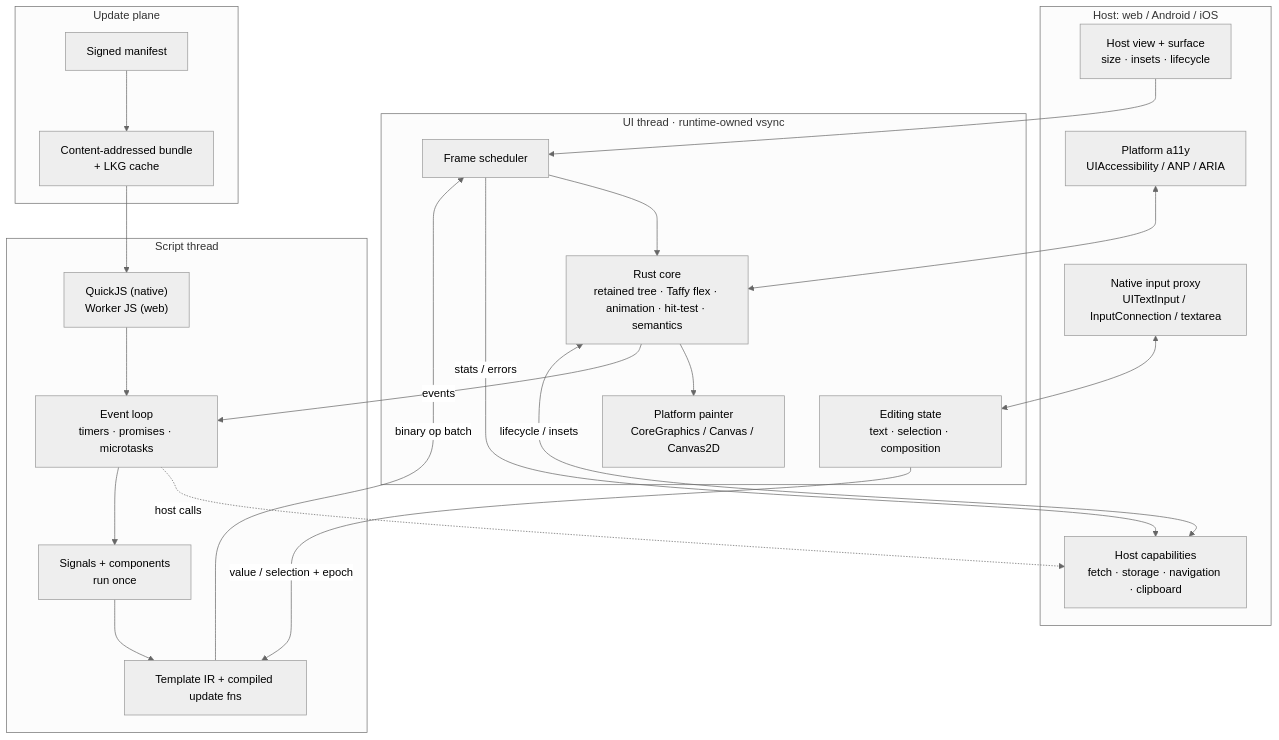
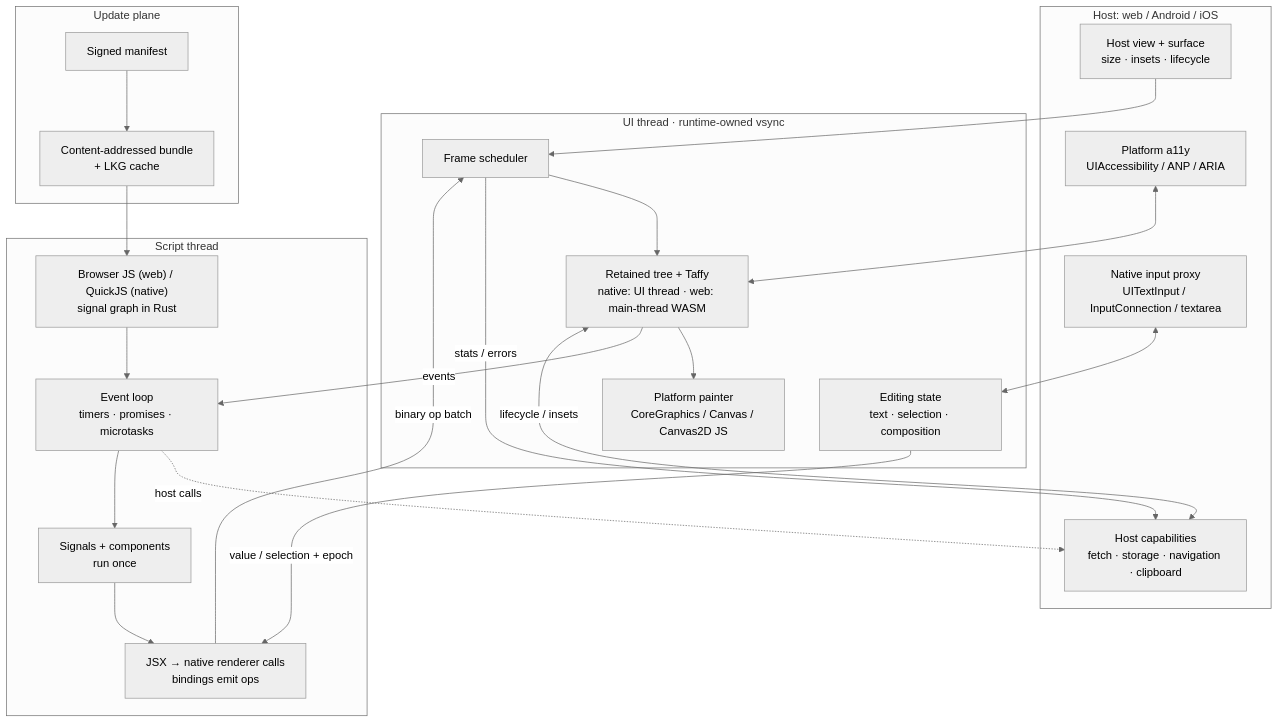
Before and after one commit to codehz/bubble-shell: the first of 2 diagrams in docs/01-overview.md, drawn with Mermaid (neutral theme). The commit also changed other lines of this file and 4 other files, not shown here.

````diff
--- a/docs/01-overview.md
+++ b/docs/01-overview.md
@@ -28,42 +28,42 @@
 ```mermaid
 flowchart TB
   subgraph Host["Host: web / Android / iOS"]
     V["Host view + surface<br/>size · insets · lifecycle"]
     A["Platform a11y<br/>UIAccessibility / ANP / ARIA"]
     I["Native input proxy<br/>UITextInput / InputConnection / textarea"]
     C["Host capabilities<br/>fetch · storage · navigation · clipboard"]
   end
 
   subgraph UI["UI thread · runtime-owned vsync"]
     S["Frame scheduler"]
-    R["Rust core<br/>retained tree · Taffy flex · animation · hit-test · semantics"]
-    P["Platform painter<br/>CoreGraphics / Canvas / Canvas2D"]
+    R["Retained tree + Taffy<br/>native: UI thread · web: main-thread WASM"]
+    P["Platform painter<br/>CoreGraphics / Canvas / Canvas2D JS"]
     E["Editing state<br/>text · selection · composition"]
   end
 
   subgraph JS["Script thread"]
     L["Event loop<br/>timers · promises · microtasks"]
-    Q["QuickJS (native)<br/>Worker JS (web)"]
+    Q["Browser JS (web) / QuickJS (native)<br/>signal graph in Rust"]
     G["Signals + components<br/>run once"]
-    O["Template IR + compiled update fns"]
+    O["JSX → native renderer calls<br/>bindings emit ops"]
   end
 
   subgraph Upd["Update plane"]
     M["Signed manifest"]
     K["Content-addressed bundle<br/>+ LKG cache"]
   end
 
   V --> S
   A <--> R
   I <--> E
   C <-->|"lifecycle / insets"| R
   L -.->|"host calls"| C
   S --> R --> P
   O -->|"binary op batch"| S
   R -->|"events"| L
   L --> G --> O
   E -->|"value / selection + epoch"| O
   Q --> L
   M --> K --> Q
   S -->|"stats / errors"| C
 ```
````
